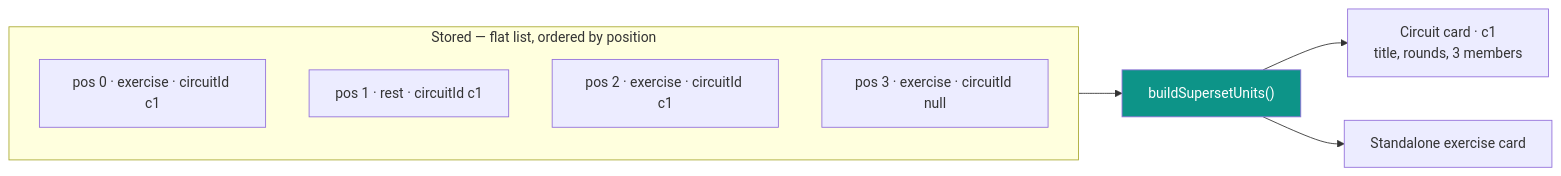
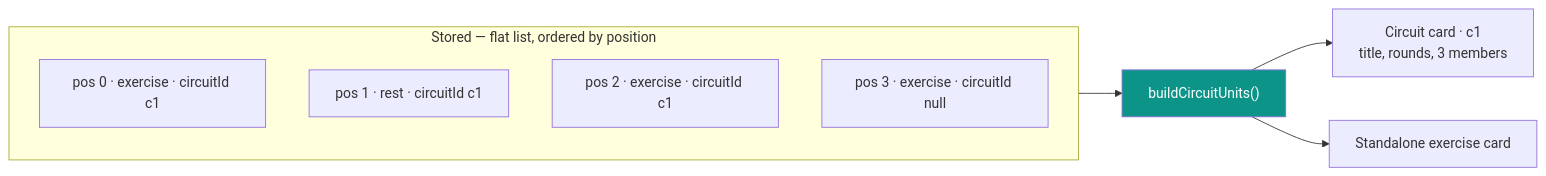
Before and after one commit to stutek/LibrePT: the third of 4 diagrams in docs/DATA_MODEL.md, drawn with Mermaid. The commit also changed other lines of this file and 31 other files, not shown here.

````diff
--- a/docs/DATA_MODEL.md
+++ b/docs/DATA_MODEL.md
@@ -258,14 +258,14 @@
 ```mermaid
 flowchart LR
     subgraph stored["Stored — flat list, ordered by position"]
         I1["pos 0 · exercise · circuitId c1"]
         I2["pos 1 · rest · circuitId c1"]
         I3["pos 2 · exercise · circuitId c1"]
         I4["pos 3 · exercise · circuitId null"]
     end
-    stored --> F["buildSupersetUnits()"]
+    stored --> F["buildCircuitUnits()"]
     F --> U1["Circuit card · c1<br/>title, rounds, 3 members"]
     F --> U2["Standalone exercise card"]
 
     style F fill:#0d9488,color:#fff
 ```
````
